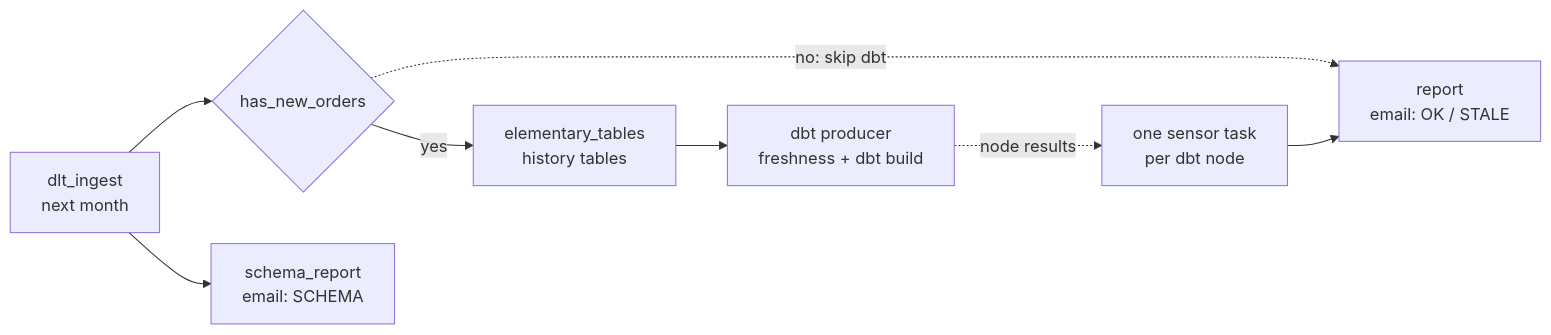
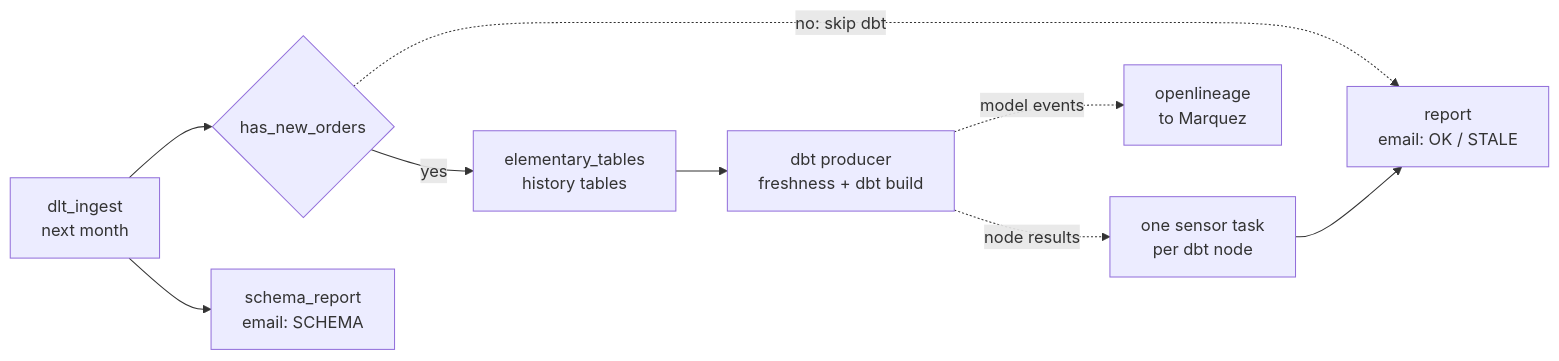
The fourth of 4 diagrams in README.md (ShuCiG/olist-analytics-dbt), drawn with Mermaid before and after one commit. The commit also changed other lines of this file and 16 other files, not shown here.

First line of the commit message:
feat(airflow): OpenLineage lineage from Airflow, dlt and dbt into Marquez (D87)

````diff
--- a/README.md
+++ b/README.md
@@ -354,10 +355,11 @@
 ```mermaid
 flowchart LR
     ingest[dlt_ingest<br/>next month] --> gate{has_new_orders}
     gate -- yes --> elem[elementary_tables<br/>history tables]
     elem --> producer[dbt producer<br/>freshness + dbt build]
     gate -. no: skip dbt .-> report
     producer -. node results .-> sensors[one sensor task<br/>per dbt node]
     sensors --> report[report<br/>email: OK / STALE]
     ingest --> schema[schema_report<br/>email: SCHEMA]
+    producer -. model events .-> lineage[openlineage<br/>to Marquez]
 ```
````
